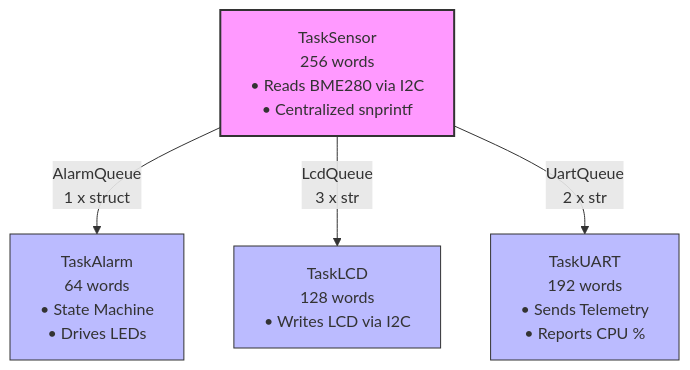
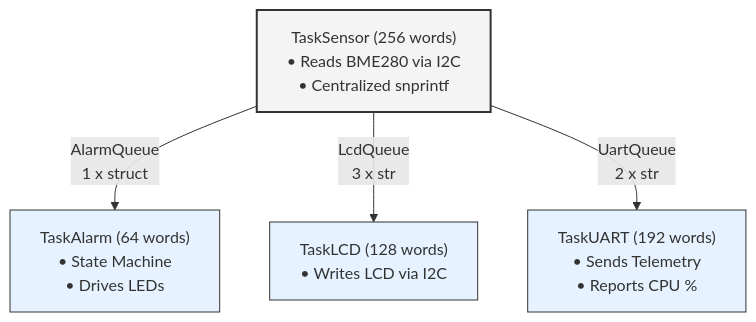
Before and after one commit to gienyne/SenseLink-Firmware-FreeRtos: the diagram in README.md, drawn with Mermaid.

````diff
--- a/README.md
+++ b/README.md
@@ -107,19 +107,19 @@
 ```mermaid
 graph TD
     %% Nodes
-    TaskSensor[TaskSensor <br/> 256 words<br/>• Reads BME280 via I2C<br/>• Centralized snprintf]
-    TaskAlarm[TaskAlarm <br/> 64 words<br/>• State Machine<br/>• Drives LEDs]
-    TaskLCD[TaskLCD <br/> 128 words<br/>• Writes LCD via I2C]
-    TaskUART[TaskUART <br/> 192 words<br/>• Sends Telemetry<br/>• Reports CPU %]
+    TaskSensor["TaskSensor (256 words)<br/>• Reads BME280 via I2C<br/>• Centralized snprintf"]
+    TaskAlarm["TaskAlarm (64 words)<br/>• State Machine<br/>• Drives LEDs"]
+    TaskLCD["TaskLCD (128 words)<br/>• Writes LCD via I2C"]
+    TaskUART["TaskUART (192 words)<br/>• Sends Telemetry<br/>• Reports CPU %"]
 
     %% Queues
-    TaskSensor -->|AlarmQueue <br/> 1 x struct| TaskAlarm
-    TaskSensor -->|LcdQueue <br/> 3 x str| TaskLCD
-    TaskSensor -->|UartQueue <br/> 2 x str| TaskUART
+    TaskSensor -->|AlarmQueue<br/>1 x struct| TaskAlarm
+    TaskSensor -->|LcdQueue<br/>3 x str| TaskLCD
+    TaskSensor -->|UartQueue<br/>2 x str| TaskUART
 
     %% Styling
-    style TaskSensor fill:#f9f,stroke:#333,stroke-width:2px
-    style TaskAlarm fill:#bbf,stroke:#333,stroke-width:1px
-    style TaskLCD fill:#bbf,stroke:#333,stroke-width:1px
-    style TaskUART fill:#bbf,stroke:#333,stroke-width:1px
+    style TaskSensor fill:#f4f4f4,stroke:#333,stroke-width:2px
+    style TaskAlarm fill:#e6f2ff,stroke:#333,stroke-width:1px
+    style TaskLCD fill:#e6f2ff,stroke:#333,stroke-width:1px
+    style TaskUART fill:#e6f2ff,stroke:#333,stroke-width:1px
 ```
````
